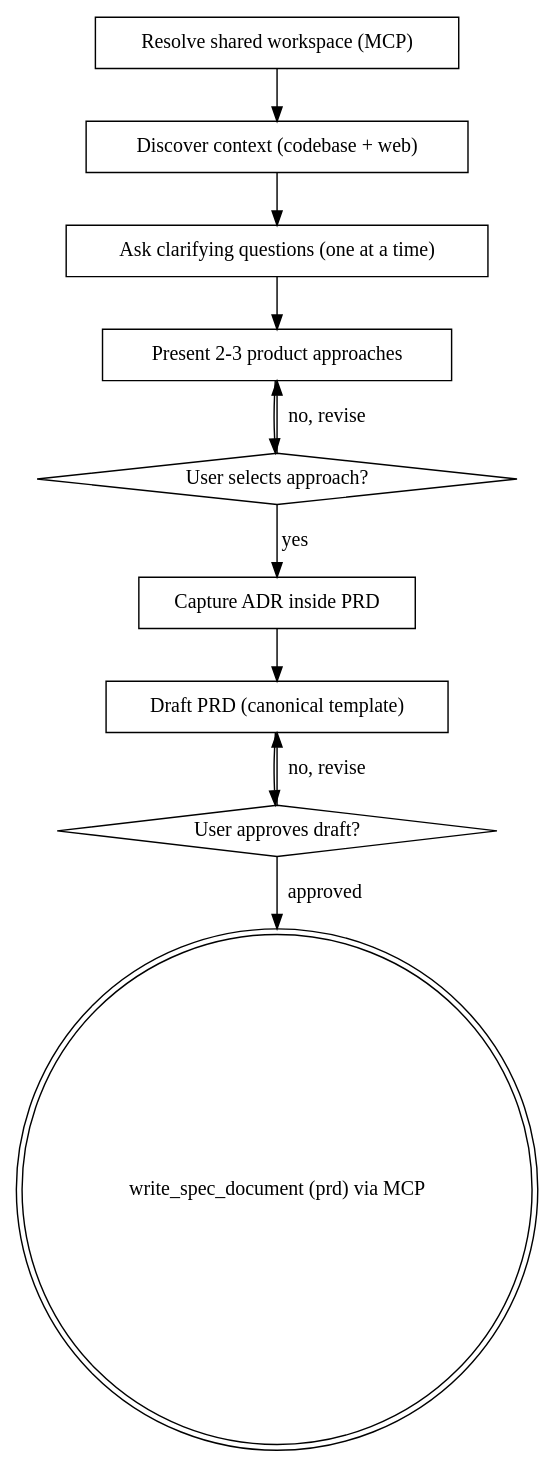
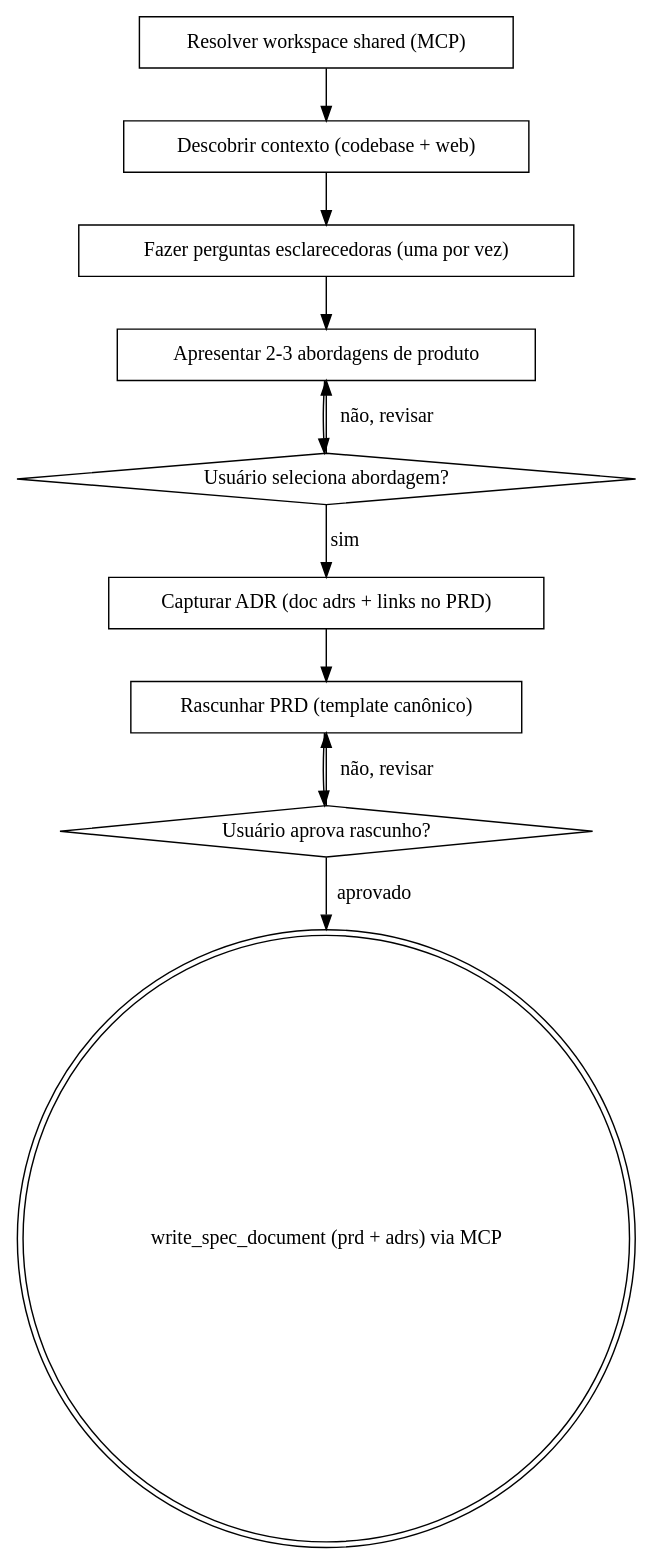
The diagram in skills/cy-create-prd/SKILL.md (JoaoCarlosPereira/mem0-shared), drawn with Graphviz before and after one commit. The commit also changed other lines of this file and 41 other files, not shown here.

First line of the commit message:
feat(openmemory): documento adrs no Shared + pipeline Kanban e skills

````diff
--- a/skills/cy-create-prd/SKILL.md
+++ b/skills/cy-create-prd/SKILL.md
@@ -149,24 +164,24 @@
 ```dot
 digraph create_prd {
-    "Resolve shared workspace (MCP)" [shape=box];
-    "Discover context (codebase + web)" [shape=box];
-    "Ask clarifying questions (one at a time)" [shape=box];
-    "Present 2-3 product approaches" [shape=box];
-    "User selects approach?" [shape=diamond];
-    "Capture ADR inside PRD" [shape=box];
-    "Draft PRD (canonical template)" [shape=box];
-    "User approves draft?" [shape=diamond];
-    "write_spec_document (prd) via MCP" [shape=doublecircle];
+    "Resolver workspace shared (MCP)" [shape=box];
+    "Descobrir contexto (codebase + web)" [shape=box];
+    "Fazer perguntas esclarecedoras (uma por vez)" [shape=box];
+    "Apresentar 2-3 abordagens de produto" [shape=box];
+    "Usuário seleciona abordagem?" [shape=diamond];
+    "Capturar ADR (doc adrs + links no PRD)" [shape=box];
+    "Rascunhar PRD (template canônico)" [shape=box];
+    "Usuário aprova rascunho?" [shape=diamond];
+    "write_spec_document (prd + adrs) via MCP" [shape=doublecircle];
 
-    "Resolve shared workspace (MCP)" -> "Discover context (codebase + web)";
-    "Discover context (codebase + web)" -> "Ask clarifying questions (one at a time)";
-    "Ask clarifying questions (one at a time)" -> "Present 2-3 product approaches";
-    "Present 2-3 product approaches" -> "User selects approach?";
-    "User selects approach?" -> "Present 2-3 product approaches" [label="no, revise"];
-    "User selects approach?" -> "Capture ADR inside PRD" [label="yes"];
-    "Capture ADR inside PRD" -> "Draft PRD (canonical template)";
-    "Draft PRD (canonical template)" -> "User approves draft?";
-    "User approves draft?" -> "Draft PRD (canonical template)" [label="no, revise"];
-    "User approves draft?" -> "write_spec_document (prd) via MCP" [label="approved"];
+    "Resolver workspace shared (MCP)" -> "Descobrir contexto (codebase + web)";
+    "Descobrir contexto (codebase + web)" -> "Fazer perguntas esclarecedoras (uma por vez)";
+    "Fazer perguntas esclarecedoras (uma por vez)" -> "Apresentar 2-3 abordagens de produto";
+    "Apresentar 2-3 abordagens de produto" -> "Usuário seleciona abordagem?";
+    "Usuário seleciona abordagem?" -> "Apresentar 2-3 abordagens de produto" [label="não, revisar"];
+    "Usuário seleciona abordagem?" -> "Capturar ADR (doc adrs + links no PRD)" [label="sim"];
+    "Capturar ADR (doc adrs + links no PRD)" -> "Rascunhar PRD (template canônico)";
+    "Rascunhar PRD (template canônico)" -> "Usuário aprova rascunho?";
+    "Usuário aprova rascunho?" -> "Rascunhar PRD (template canônico)" [label="não, revisar"];
+    "Usuário aprova rascunho?" -> "write_spec_document (prd + adrs) via MCP" [label="aprovado"];
 }
 ```
````
